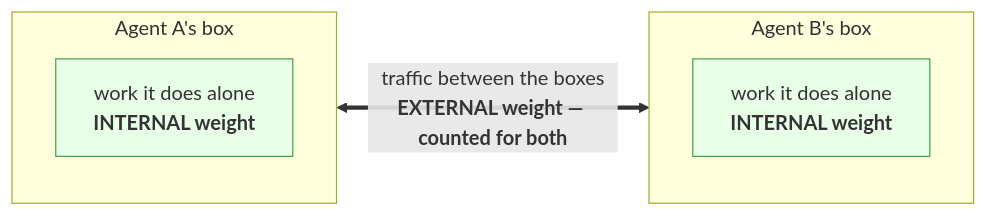
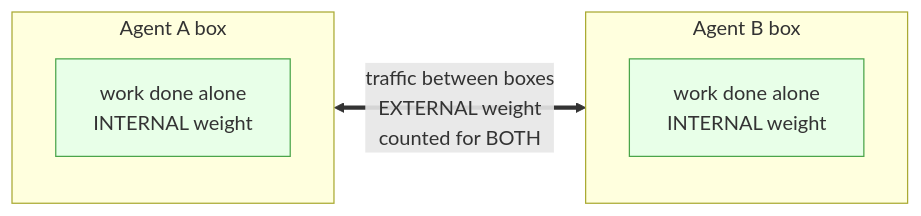
One commit to mondweep/vibe-cast changed the sixth of 9 diagrams in README.md. Above: the diagram before and after it, drawn with Mermaid. The commit also changed other lines of this file, not shown here.

First line of the commit message:
Fix unreadable mermaid diagrams on GitHub

````diff
--- a/README.md
+++ b/README.md
@@ -250,12 +271,12 @@
 ```mermaid
 flowchart LR
-    subgraph BoxA["Agent A's box"]
-        AW["work it does alone<br/><b>INTERNAL weight</b>"]
+    subgraph BoxA["Agent A box"]
+        AW["work done alone<br/>INTERNAL weight"]
     end
-    subgraph BoxB["Agent B's box"]
-        BW["work it does alone<br/><b>INTERNAL weight</b>"]
+    subgraph BoxB["Agent B box"]
+        BW["work done alone<br/>INTERNAL weight"]
     end
-    BoxA <== "traffic between the boxes<br/><b>EXTERNAL weight — counted for both</b>" ==> BoxB
+    BoxA <== "traffic between boxes<br/>EXTERNAL weight<br/>counted for BOTH" ==> BoxB
     style AW fill:#e8ffe8,stroke:#4aa54a
     style BW fill:#e8ffe8,stroke:#4aa54a
 ```
````
